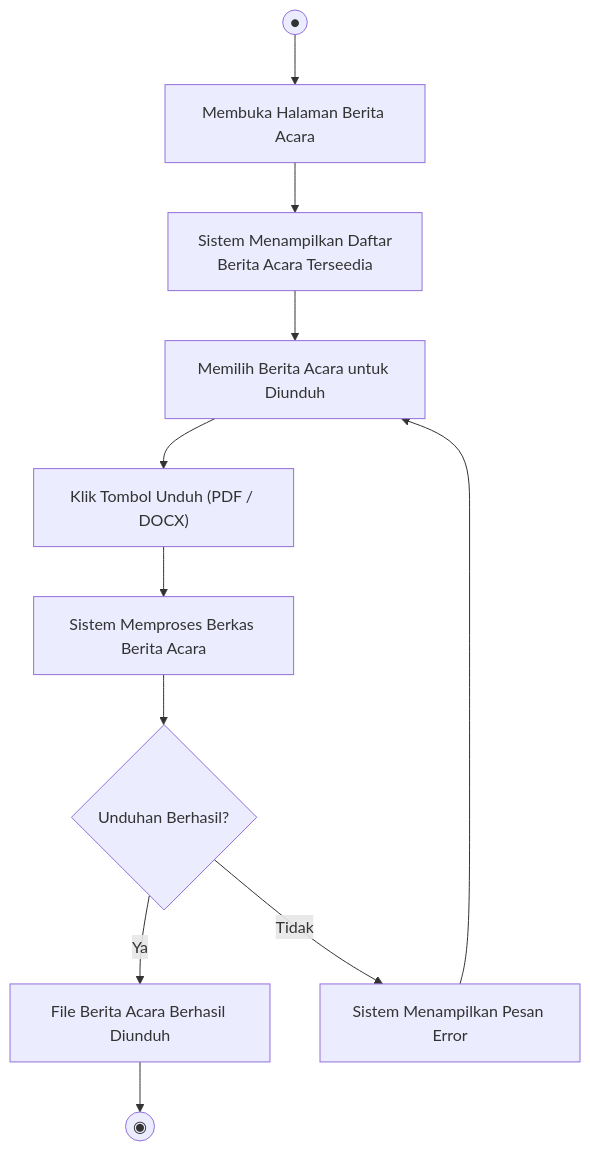
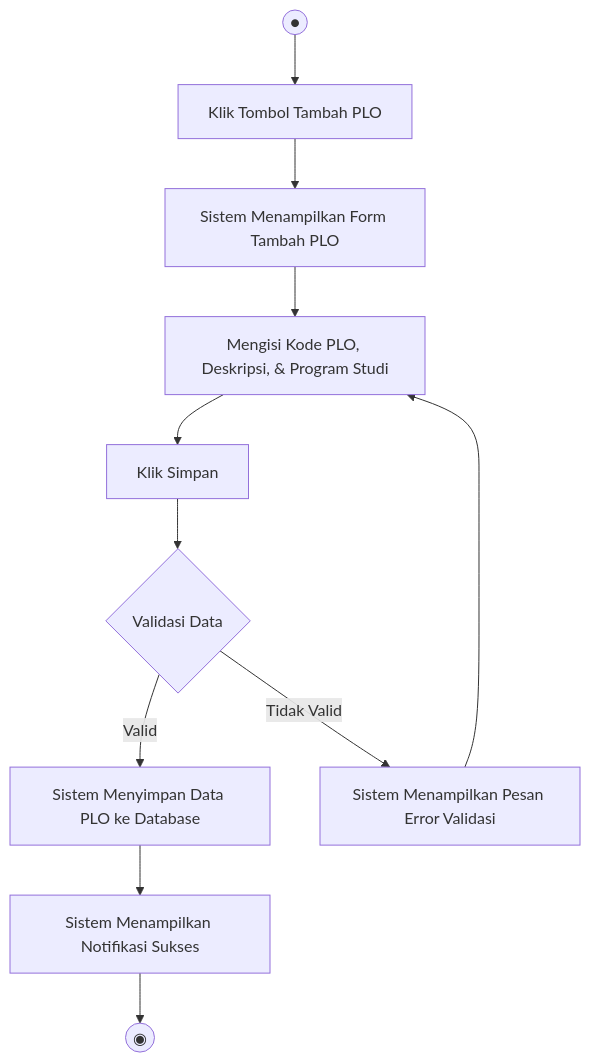
Diagram 12 of 32 in activity_diagrams.md (alexiusprst-tech/dashboard_verif), drawn with Mermaid before and after one commit. The commit also changed other lines of this file and 6 other files, not shown here.

````diff
--- a/activity_diagrams.md
+++ b/activity_diagrams.md
@@ -450,14 +222,13 @@
 ```mermaid
 flowchart TD
-    A(("●")) --> B["Membuka Halaman Berita Acara"]
-    B --> C["Sistem Menampilkan Daftar\nBerita Acara Terseedia"]
-    C --> D["Memilih Berita Acara untuk Diunduh"]
-    D --> E["Klik Tombol Unduh (PDF / DOCX)"]
-    E --> F["Sistem Memproses Berkas Berita Acara"]
-    F --> G{"Unduhan Berhasil?"}
-    G -->|Ya| H["File Berita Acara Berhasil Diunduh"]
-    G -->|Tidak| I["Sistem Menampilkan Pesan Error"]
-    I --> D
-
-    H --> Z(("◉"))
+    Start(("●")) --> ClickAdd["Klik Tombol Tambah PLO"]
+    ClickAdd --> ShowForm["Sistem Menampilkan Form Tambah PLO"]
+    ShowForm --> InputData["Mengisi Kode PLO, Deskripsi, & Program Studi"]
+    InputData --> ClickSave["Klik Simpan"]
+    ClickSave --> Validate{"Validasi Data"}
+    Validate -->|Valid| StoreData["Sistem Menyimpan Data PLO ke Database"]
+    StoreData --> ShowSuccess["Sistem Menampilkan Notifikasi Sukses"]
+    Validate -->|Tidak Valid| ShowError["Sistem Menampilkan Pesan Error Validasi"]
+    ShowError --> InputData
+    ShowSuccess --> End(("◉"))
 ```
````
